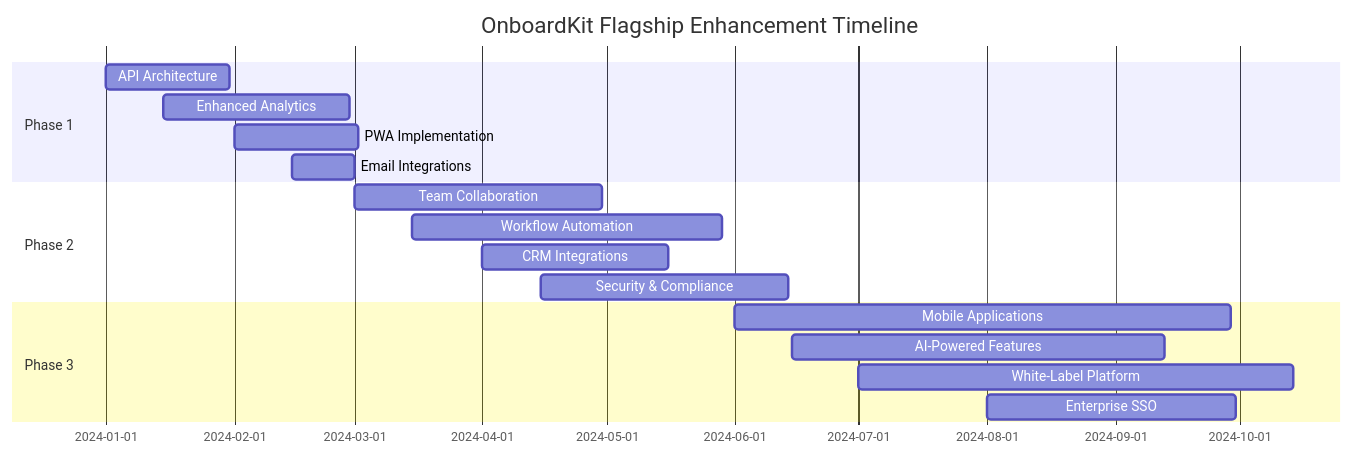
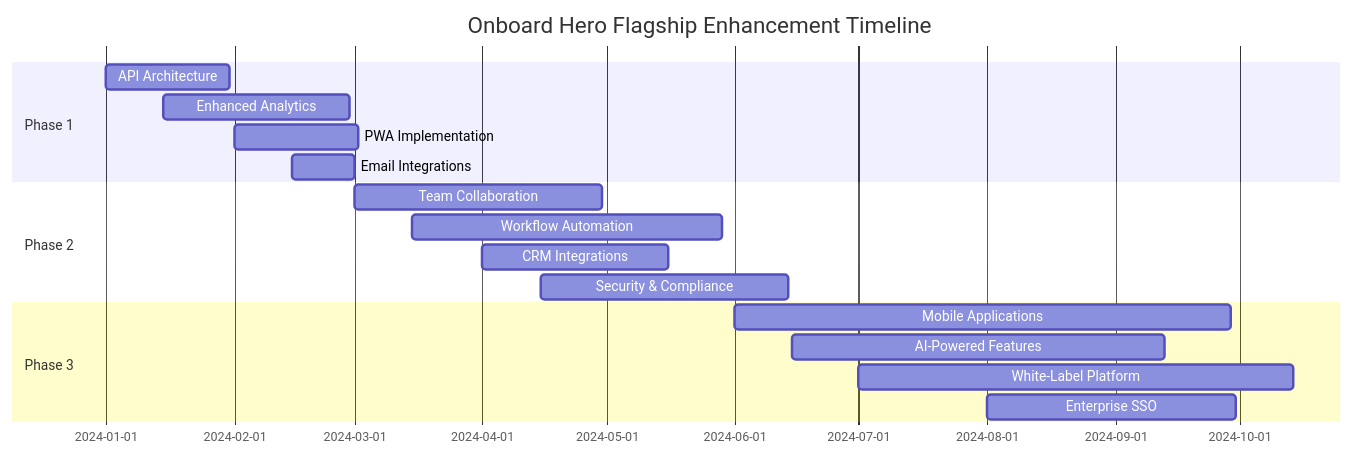
Before and after one commit to leadond/onboarding-saas: the fourth of 4 diagrams in OnboardKit_Flagship_Enhancement_Plan.md, drawn with Mermaid. The commit also changed other lines of this file and 258 other files, not shown here.

````diff
--- a/OnboardKit_Flagship_Enhancement_Plan.md
+++ b/OnboardKit_Flagship_Enhancement_Plan.md
@@ -572,20 +572,20 @@
 ```mermaid
 gantt
-    title OnboardKit Flagship Enhancement Timeline
+    title Onboard Hero Flagship Enhancement Timeline
     dateFormat  YYYY-MM-DD
     section Phase 1
     API Architecture         :2024-01-01, 30d
     Enhanced Analytics       :2024-01-15, 45d
     PWA Implementation       :2024-02-01, 30d
     Email Integrations       :2024-02-15, 15d
     section Phase 2
     Team Collaboration       :2024-03-01, 60d
     Workflow Automation      :2024-03-15, 75d
     CRM Integrations         :2024-04-01, 45d
     Security & Compliance    :2024-04-15, 60d
     section Phase 3
     Mobile Applications      :2024-06-01, 120d
     AI-Powered Features      :2024-06-15, 90d
     White-Label Platform     :2024-07-01, 105d
     Enterprise SSO           :2024-08-01, 60d
 ```
````
